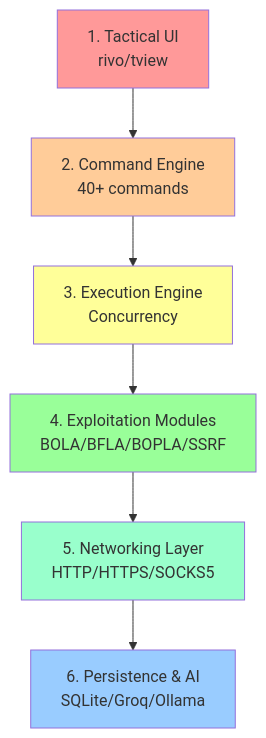
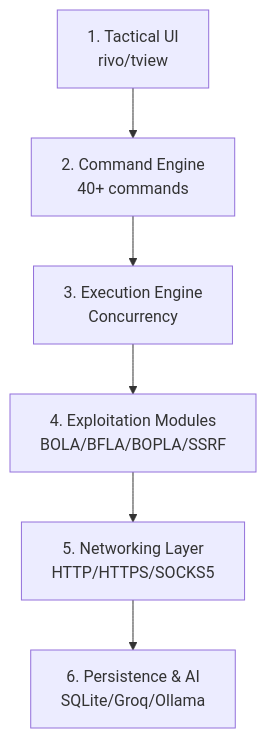
Before and after one commit to JoseMariaMicoli/VaporTrace: the first of 2 diagrams in README.md, drawn with Mermaid. The commit also changed other lines of this file, not shown here.

Commit message:
Fixed README mermaid

````diff
--- a/README.md
+++ b/README.md
@@ -244,15 +244,8 @@
 ```mermaid
 graph TD
     A["1. Tactical UI<br/>rivo/tview"] --> B["2. Command Engine<br/>40+ commands"]
     B --> C["3. Execution Engine<br/>Concurrency"]
     C --> D["4. Exploitation Modules<br/>BOLA/BFLA/BOPLA/SSRF"]
     D --> E["5. Networking Layer<br/>HTTP/HTTPS/SOCKS5"]
     E --> F["6. Persistence & AI<br/>SQLite/Groq/Ollama"]
-    
-    style A fill:#ff9999
-    style B fill:#ffcc99
-    style C fill:#ffff99
-    style D fill:#99ff99
-    style E fill:#99ffcc
-    style F fill:#99ccff
 ```
````
